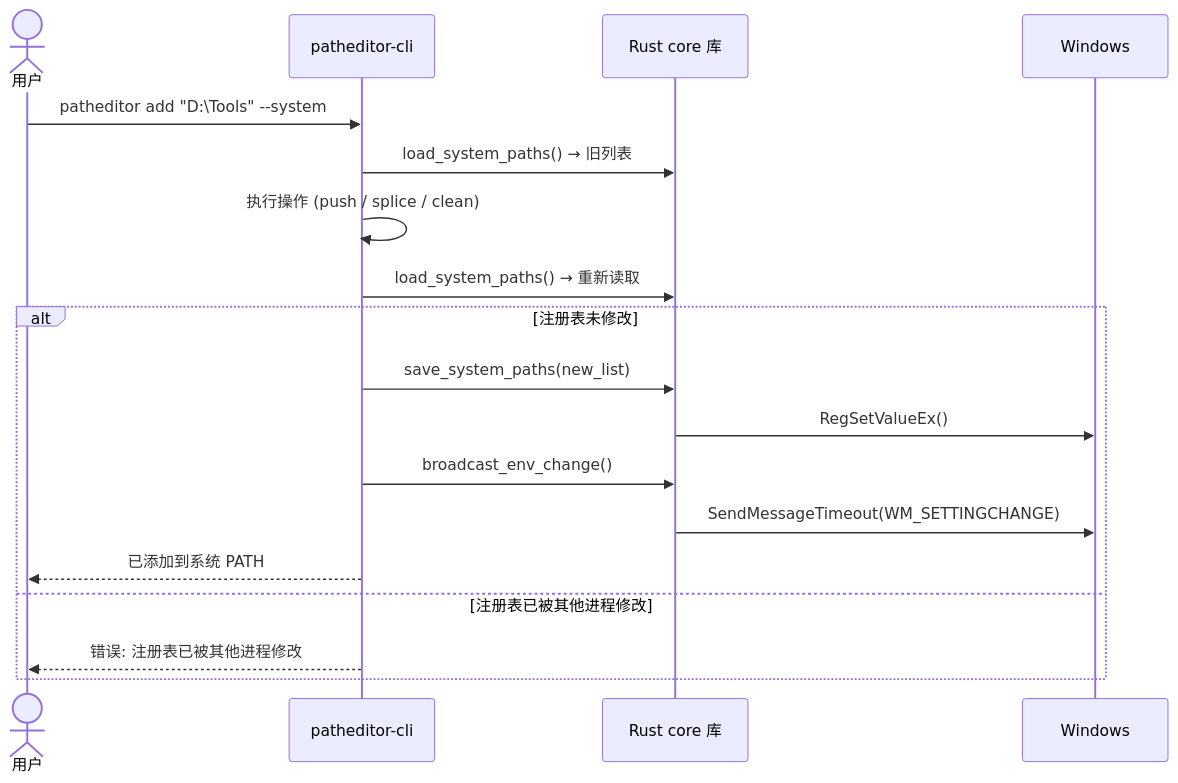
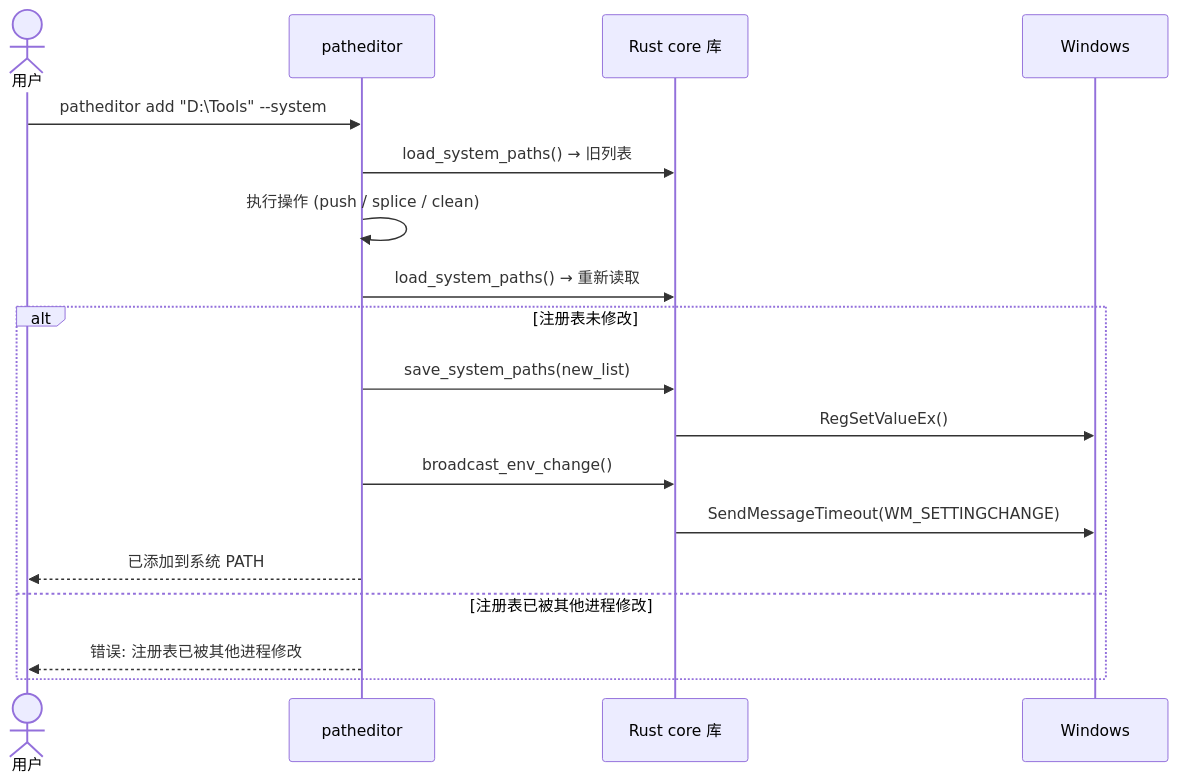
Before and after one commit to LHY0125/PathEditor: the fourth of 4 diagrams in README.md, drawn with Mermaid. The commit also changed other lines of this file and 1 other file, not shown here.

First line of the commit message:
refactor: CLI 二进制名从 patheditor-cli 改为 patheditor

````diff
--- a/README.md
+++ b/README.md
@@ -128,21 +128,21 @@
 ```mermaid
 sequenceDiagram
     actor U as 用户
-    participant CLI as patheditor-cli
+    participant CLI as patheditor
     participant Core as Rust core 库
     participant Win as Windows
 
     U->>CLI: patheditor add "D:\Tools" --system
     CLI->>Core: load_system_paths() → 旧列表
     CLI->>CLI: 执行操作 (push / splice / clean)
     CLI->>Core: load_system_paths() → 重新读取
     alt 注册表未修改
         CLI->>Core: save_system_paths(new_list)
         Core->>Win: RegSetValueEx()
         CLI->>Core: broadcast_env_change()
         Core->>Win: SendMessageTimeout(WM_SETTINGCHANGE)
         CLI-->>U: 已添加到系统 PATH
     else 注册表已被其他进程修改
         CLI-->>U: 错误: 注册表已被其他进程修改
     end
 ```
````
